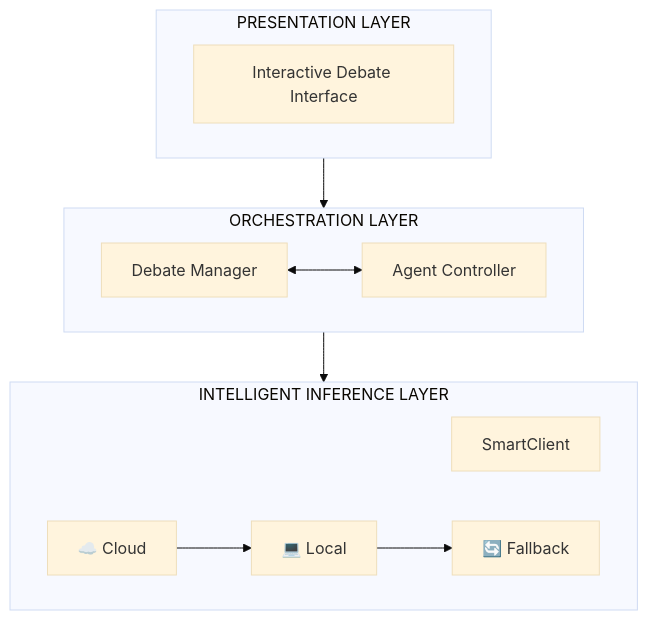
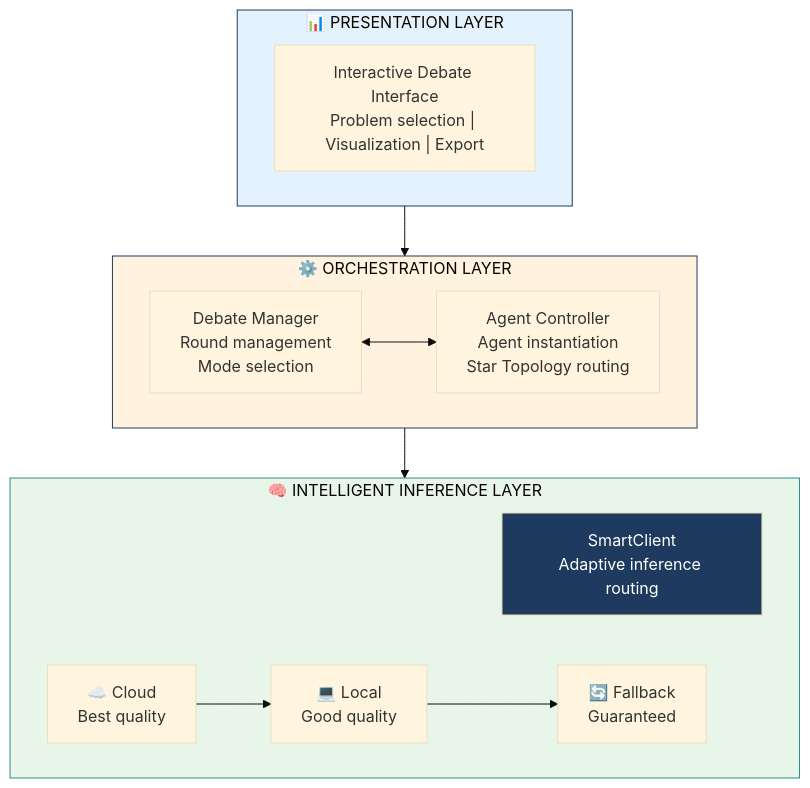
One commit to mikenk2010/COSC3009-Intelligent-Decision-Making-Advanced-IDM-Algorithm-Design changed the ninth of 19 diagrams in PRESENTATION_OUTLINE.md. Above: the diagram before and after it, drawn with Mermaid (base theme). The commit also changed other lines of this file, not shown here.

````diff
--- a/PRESENTATION_OUTLINE.md
+++ b/PRESENTATION_OUTLINE.md
@@ -407,17 +526,22 @@
 ```mermaid
 flowchart TB
-    subgraph Presentation["PRESENTATION LAYER"]
-        UI["Interactive Debate Interface"]
+    subgraph Presentation["📊 PRESENTATION LAYER"]
+        UI["Interactive Debate Interface<br/>Problem selection | Visualization | Export"]
     end
 
-    subgraph Orchestration["ORCHESTRATION LAYER"]
-        DM["Debate Manager"] <--> AC["Agent Controller"]
+    subgraph Orchestration["⚙️ ORCHESTRATION LAYER"]
+        DM["Debate Manager<br/>Round management<br/>Mode selection"] <--> AC["Agent Controller<br/>Agent instantiation<br/>Star Topology routing"]
     end
 
-    subgraph Inference["INTELLIGENT INFERENCE LAYER"]
-        SC["SmartClient"]
-        Cloud["☁️ Cloud"] --> Local["💻 Local"] --> FB["🔄 Fallback"]
+    subgraph Inference["🧠 INTELLIGENT INFERENCE LAYER"]
+        SC["SmartClient<br/>Adaptive inference routing"]
+        Cloud["☁️ Cloud<br/>Best quality"] --> Local["💻 Local<br/>Good quality"] --> FB["🔄 Fallback<br/>Guaranteed"]
     end
 
     Presentation --> Orchestration --> Inference
+
+    style Presentation fill:#e3f2fd,stroke:#1e3a5f
+    style Orchestration fill:#fff3e0,stroke:#1e3a5f
+    style Inference fill:#e8f5e9,stroke:#2d8b8b
+    style SC fill:#1e3a5f,color:#fff
 ```
````
